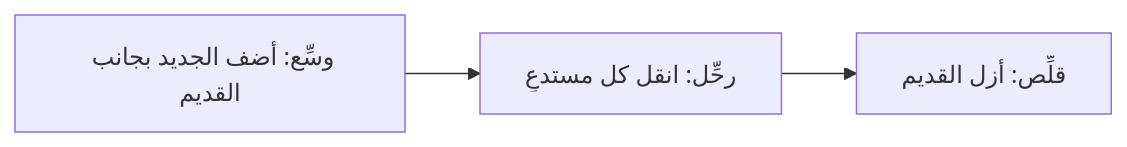
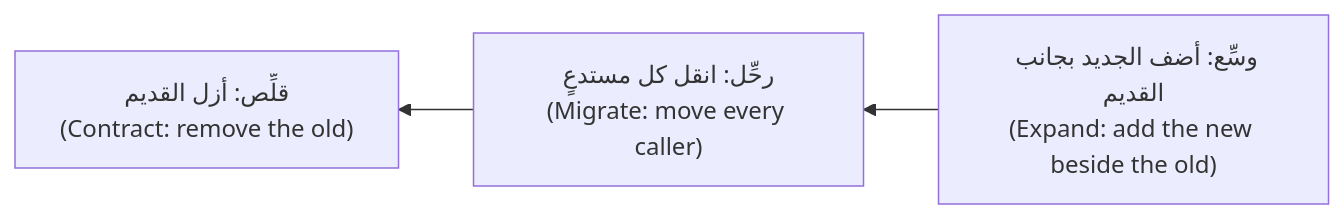
Before and after one commit to Tamoura/system-design-for-vibe-coders: the diagram in ainative/modules/07-legacy.ar.md, drawn with Mermaid. The commit also changed 83 other files, not shown here.

First line of the commit message:
AI-native engineer course: Arabic diagrams right-to-left with English glosses

````diff
--- a/ainative/modules/07-legacy.ar.md
+++ b/ainative/modules/07-legacy.ar.md
@@ -77,5 +77,5 @@
 ```mermaid
-flowchart LR
-    A["وسِّع: أضف الجديد بجانب القديم"] --> B["رحِّل: انقل كل مستدعٍ"]
-    B --> C["قلِّص: أزل القديم"]
+flowchart RL
+    A["وسِّع: أضف الجديد بجانب القديم<br/>(Expand: add the new beside the old)"] --> B["رحِّل: انقل كل مستدعٍ<br/>(Migrate: move every caller)"]
+    B --> C["قلِّص: أزل القديم<br/>(Contract: remove the old)"]
 ```
````
